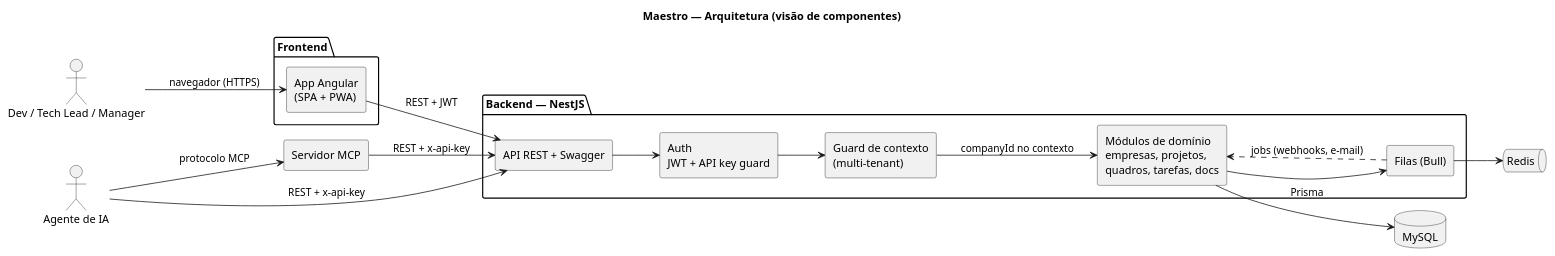
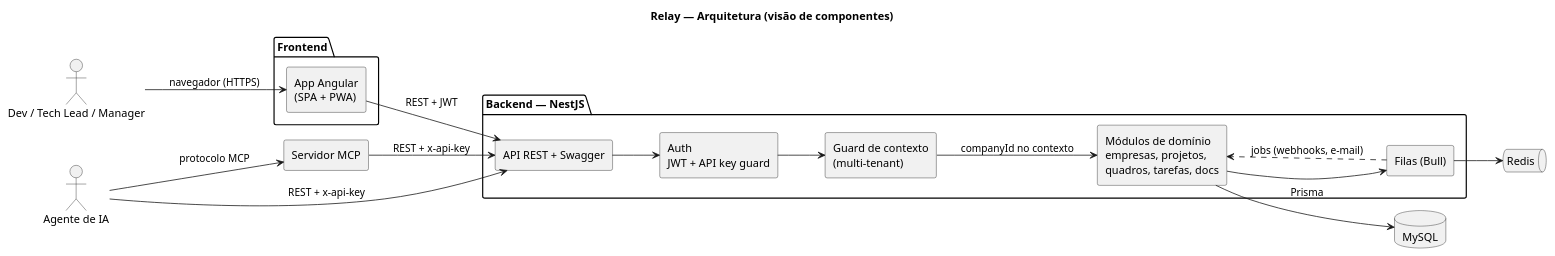
Before and after one commit to WalterSilva5/agentic-dev-maestro: the diagram in docs/diagramas/arquitetura.puml, drawn with PlantUML. The commit also changed 408 other files, not shown here.

First line of the commit message:
rename!: Agentic Dev Maestro/Maestro -> Relay (marca + técnico)

```diff
--- a/docs/diagramas/arquitetura.puml
+++ b/docs/diagramas/arquitetura.puml
@@ -1,42 +1,42 @@
 @startuml arquitetura
-title Maestro — Arquitetura (visão de componentes)
+title Relay — Arquitetura (visão de componentes)
 skinparam backgroundColor transparent
 skinparam shadowing false
 skinparam defaultFontName sans-serif
 skinparam componentStyle rectangle
 left to right direction
 
 actor "Dev / Tech Lead / Manager" as Humano
 actor "Agente de IA" as Agente
 
 package "Frontend" {
   [App Angular\n(SPA + PWA)] as Front
 }
 
 package "Backend — NestJS" {
   [API REST + Swagger] as API
   [Auth\nJWT + API key guard] as Auth
   [Guard de contexto\n(multi-tenant)] as Ctx
   [Módulos de domínio\nempresas, projetos,\nquadros, tarefas, docs] as Dominio
   [Filas (Bull)] as Bull
 }
 
 [Servidor MCP] as MCP
 
 database "MySQL" as DB
 queue "Redis" as Redis
 
 Humano --> Front : navegador (HTTPS)
 Front --> API : REST + JWT
 Agente --> MCP : protocolo MCP
 Agente --> API : REST + x-api-key
 MCP --> API : REST + x-api-key
 
 API --> Auth
 Auth --> Ctx
 Ctx --> Dominio : companyId no contexto
 Dominio --> DB : Prisma
 Dominio --> Bull
 Bull --> Redis
 Bull ..> Dominio : jobs (webhooks, e-mail)
 @enduml
```
